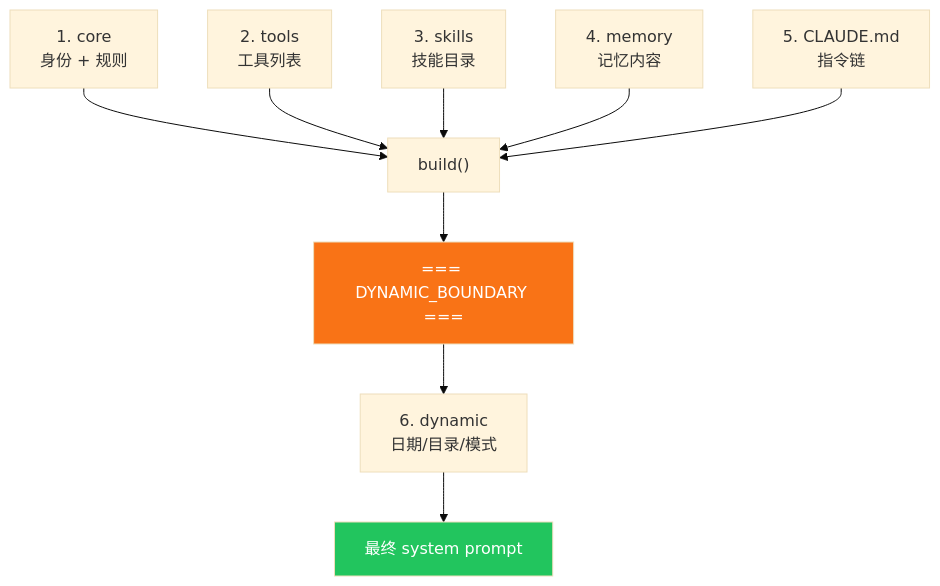
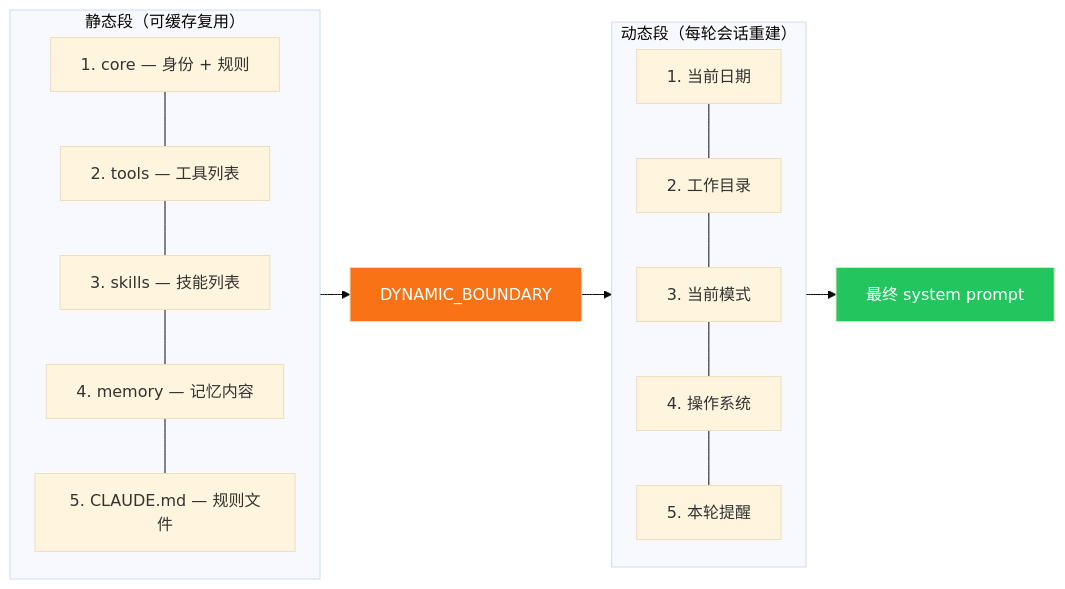
One commit to open-fox/learn-claude-code changed the seventh of 18 diagrams in slidev-presentation/slides.md. Above: the diagram before and after it, drawn with Mermaid (base theme). The commit also changed other lines of this file, not shown here.

Commit message:
docs: refine system prompt terminology and phrasing

````diff
--- a/slidev-presentation/slides.md
+++ b/slidev-presentation/slides.md
@@ -1909,13 +1916,17 @@
-```mermaid {scale: 0.4}
-graph TD
-  C["1. core<br/>身份 + 规则"] --> B["build()"]
-  T["2. tools<br/>工具列表"] --> B
-  SK["3. skills<br/>技能目录"] --> B
-  M["4. memory<br/>记忆内容"] --> B
-  CL["5. CLAUDE.md<br/>指令链"] --> B
-  B --> BD["=== DYNAMIC_BOUNDARY ==="]
-  BD --> D["6. dynamic<br/>日期/目录/模式"]
-  D --> SP["最终 system prompt"]
+```mermaid {scale: 0.5}
+%%{init: {"flowchart": {"rankSpacing": 30, "nodeSpacing": 30}} }%%
+graph LR
+  subgraph Static["静态段（可缓存复用）"]
+    direction TB
+    C["1. core — 身份 + 规则"] --- T["2. tools — 工具列表"] --- SK["3. skills — 技能列表"] --- M["4. memory — 记忆内容"] --- CL["5. CLAUDE.md — 规则文件"]
+  end
+  Static --> BD["DYNAMIC_BOUNDARY"]
+  BD --> Dynamic
+  subgraph Dynamic["动态段（每轮会话重建）"]
+    direction TB
+    D1["1. 当前日期"] --- D2["2. 工作目录"] --- D3["3. 当前模式"] --- D4["4. 操作系统"] --- D5["5. 本轮提醒"]
+  end
+  Dynamic --> SP["最终 system prompt"]
   style BD fill:#f97316,color:#fff
   style SP fill:#22c55e,color:#fff
 ```
````
